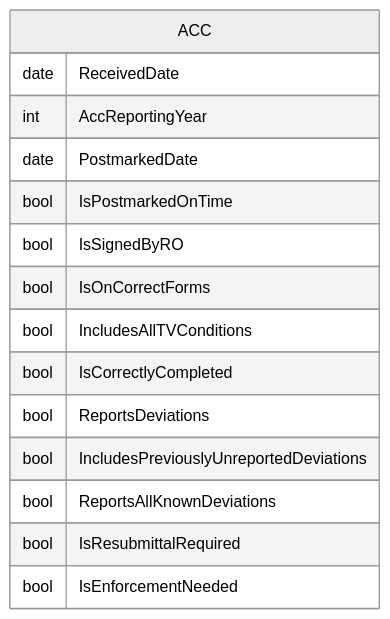
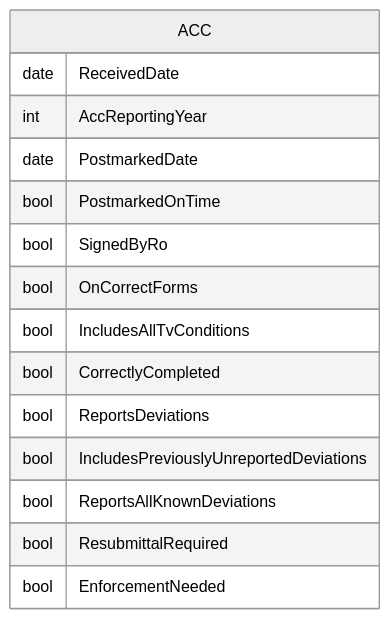
One commit to gaepdit/air-web changed the second of 2 diagrams in docs/Workflows/Work-entries/ACC.md. Above: the diagram before and after it, drawn with Mermaid (neutral theme). The commit also changed other lines of this file and 8 other files, not shown here.

````diff
--- a/docs/Workflows/Work-entries/ACC.md
+++ b/docs/Workflows/Work-entries/ACC.md
@@ -54,18 +54,18 @@
 ```mermaid
 erDiagram
     ACC {
         date ReceivedDate
         int AccReportingYear
         date PostmarkedDate
-        bool IsPostmarkedOnTime
-        bool IsSignedByRO
-        bool IsOnCorrectForms
-        bool IncludesAllTVConditions
-        bool IsCorrectlyCompleted
+        bool PostmarkedOnTime
+        bool SignedByRo
+        bool OnCorrectForms
+        bool IncludesAllTvConditions
+        bool CorrectlyCompleted
         bool ReportsDeviations
         bool IncludesPreviouslyUnreportedDeviations
         bool ReportsAllKnownDeviations
-        bool IsResubmittalRequired
-        bool IsEnforcementNeeded
+        bool ResubmittalRequired
+        bool EnforcementNeeded
     }
 ```
````
